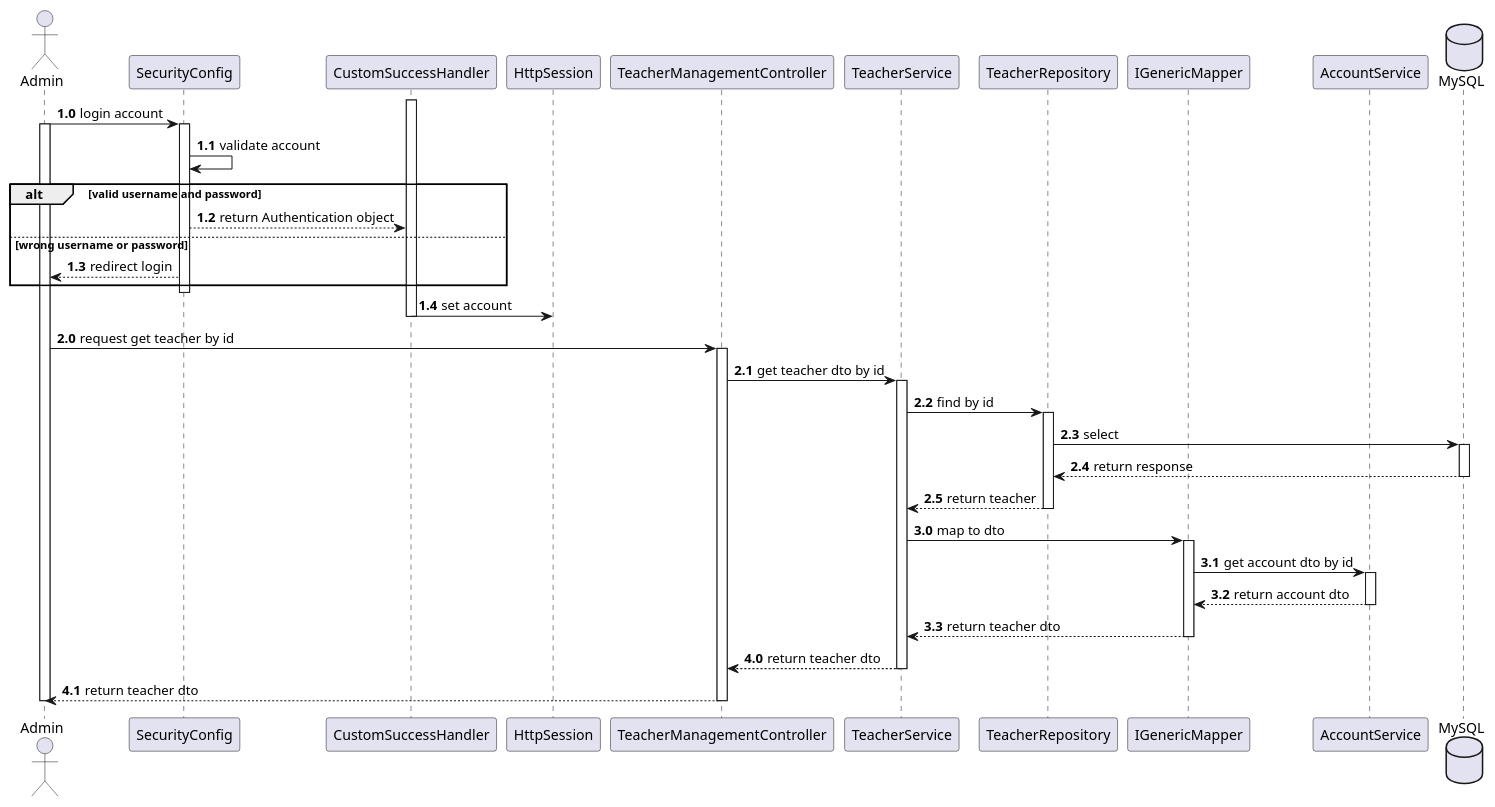
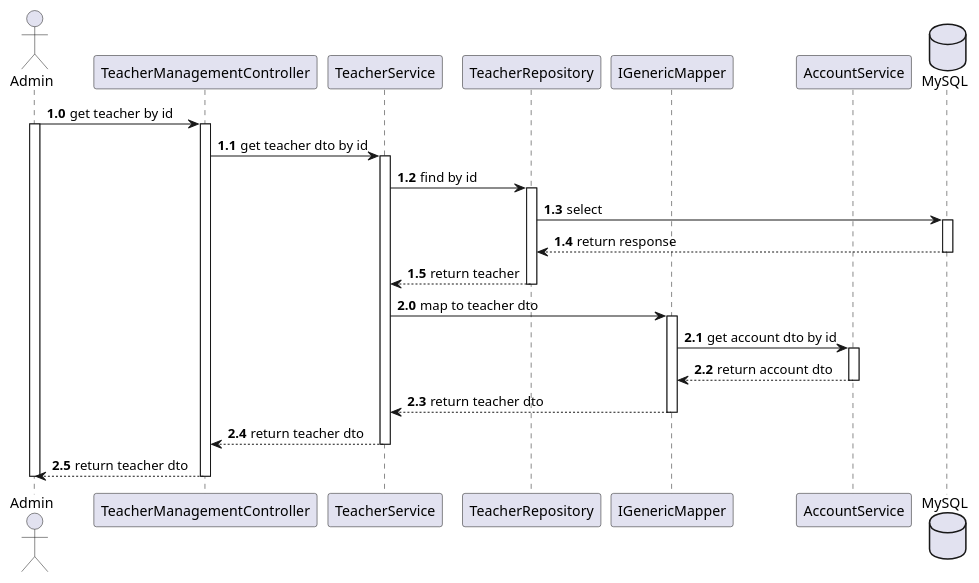
The diagram in uml/admin/manageTeacher/getTeacherById.puml (kientthe163256/student-management-fa22), drawn with PlantUML before and after one commit. The commit also changed 21 other files, not shown here.

```diff
--- a/uml/admin/manageTeacher/getTeacherById.puml
+++ b/uml/admin/manageTeacher/getTeacherById.puml
@@ -1,75 +1,48 @@
 @startuml
 
 Actor Admin
-participant SecurityConfig
-participant CustomSuccessHandler
-participant HttpSession
 participant TeacherManagementController
 participant TeacherService
 participant TeacherRepository
 participant IGenericMapper
 participant AccountService
 database MySQL
 
 autonumber 1.0
-Admin -> SecurityConfig: login account
-
+Admin -> TeacherManagementController: get teacher by id
 activate Admin
-activate SecurityConfig
-
-autonumber 1.1
-SecurityConfig -> SecurityConfig: validate account
-
-alt valid username and password
-    SecurityConfig --> CustomSuccessHandler: return Authentication object
-else wrong username or password
-    SecurityConfig --> Admin: redirect login
-end
-deactivate SecurityConfig
-
-
-
-
-activate CustomSuccessHandler
-
-CustomSuccessHandler -> HttpSession: set account
-deactivate CustomSuccessHandler
-
-autonumber 2.0
-Admin -> TeacherManagementController: request get teacher by id
 activate TeacherManagementController
 TeacherManagementController -> TeacherService: get teacher dto by id
 
 activate TeacherService
 TeacherService -> TeacherRepository: find by id
 
 activate TeacherRepository
 TeacherRepository -> MySQL: select
 
 activate MySQL
 MySQL --> TeacherRepository: return response
 deactivate MySQL
 
 TeacherRepository --> TeacherService: return teacher
 deactivate TeacherRepository
 
-autonumber 3.0
-TeacherService -> IGenericMapper: map to dto
+autonumber 2.0
+TeacherService -> IGenericMapper: map to teacher dto
 
 activate IGenericMapper
 IGenericMapper -> AccountService: get account dto by id
 activate AccountService
 AccountService --> IGenericMapper: return account dto
 deactivate AccountService
 IGenericMapper --> TeacherService: return teacher dto
 deactivate IGenericMapper
 
-autonumber 4.0
 TeacherService --> TeacherManagementController: return teacher dto
 deactivate TeacherService
 TeacherManagementController --> Admin: return teacher dto
 deactivate TeacherManagementController
 deactivate Admin
 
 
 @enduml
```
